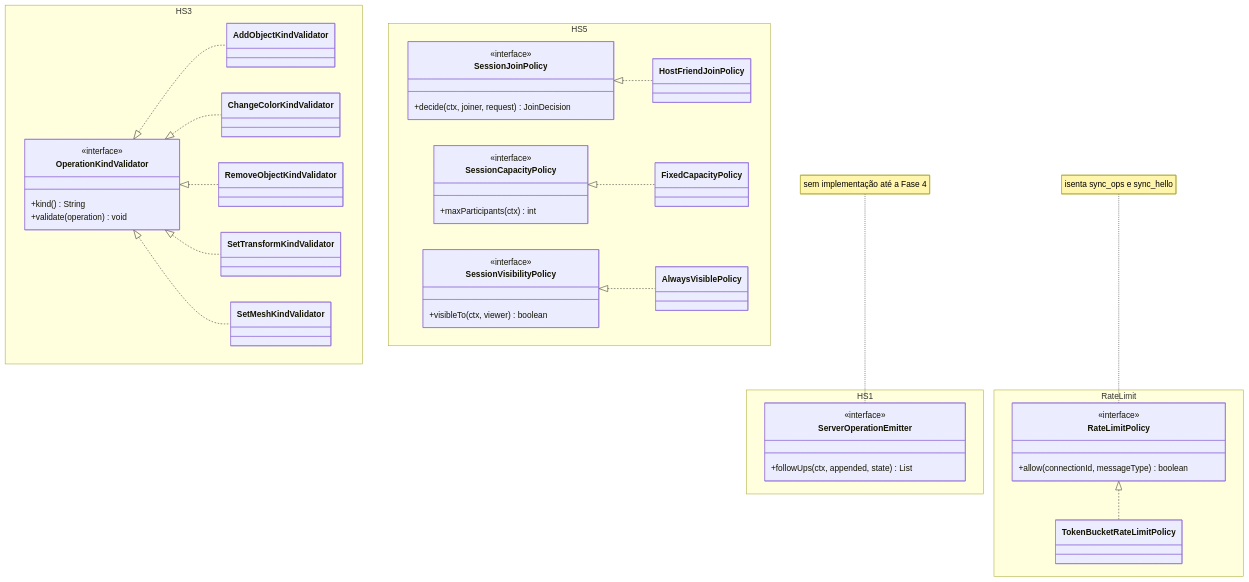
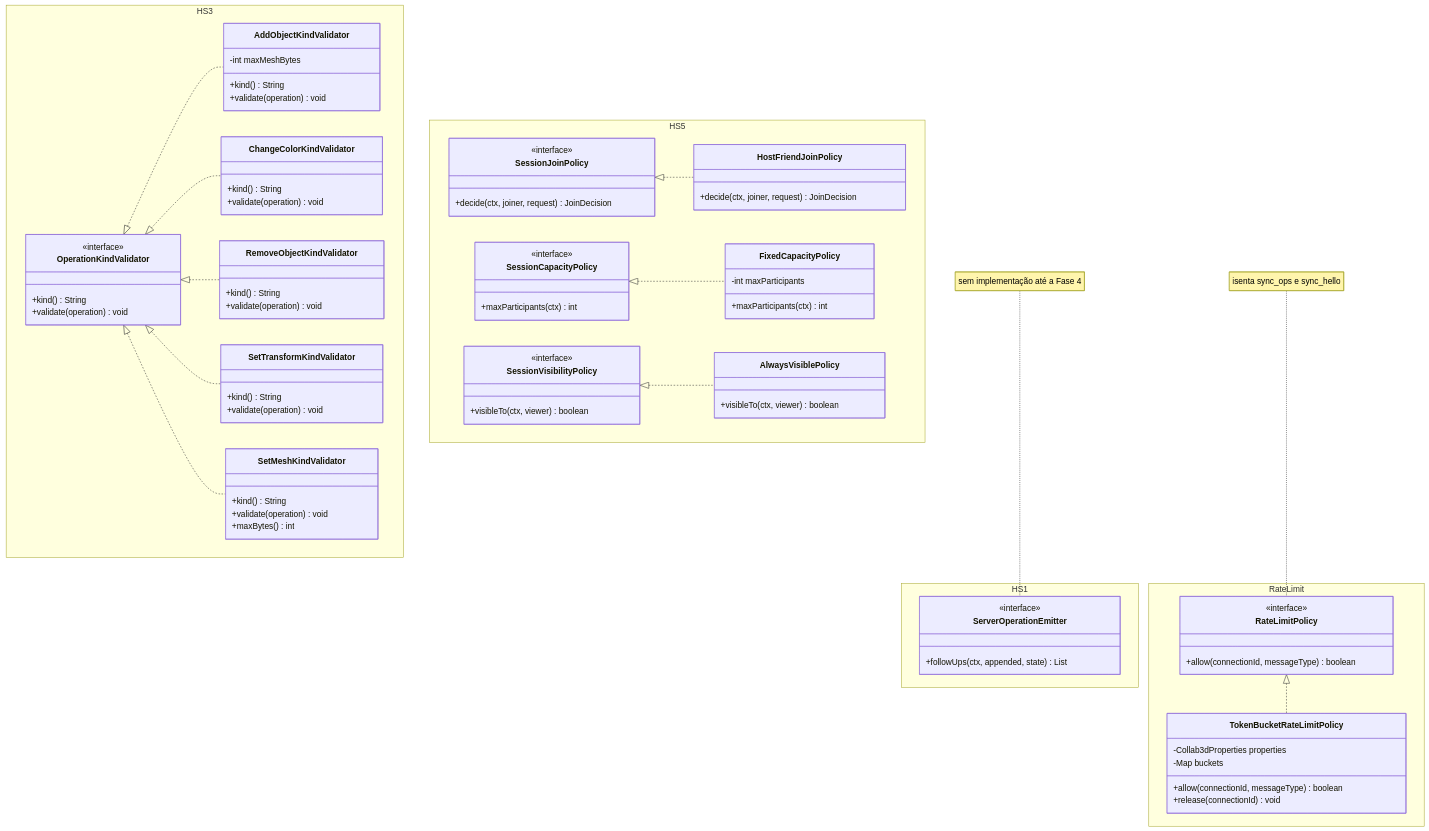
One commit to ssugary/BlenderPDS changed the eighth of 12 diagrams in docs/diagrams/README.md. Above: the diagram before and after it, drawn with Mermaid. The commit also changed other lines of this file and 22 other files, not shown here.

First line of the commit message:
docs(diagrams): corrige classes vazias nos diagramas de classes

```diff
--- a/docs/diagrams/README.md
+++ b/docs/diagrams/README.md
@@ -546,11 +557,28 @@
             +kind() String
             +validate(operation) void
         }
-        class AddObjectKindValidator
-        class ChangeColorKindValidator
-        class RemoveObjectKindValidator
-        class SetTransformKindValidator
-        class SetMeshKindValidator
+        class AddObjectKindValidator {
+        +kind() String
+        +validate(operation) void
+        -int maxMeshBytes
+        }
+        class ChangeColorKindValidator {
+        +kind() String
+        +validate(operation) void
+        }
+        class RemoveObjectKindValidator {
+        +kind() String
+        +validate(operation) void
+        }
+        class SetTransformKindValidator {
+        +kind() String
+        +validate(operation) void
+        }
+        class SetMeshKindValidator {
+        +kind() String
+        +validate(operation) void
+        +maxBytes() int
+        }
     }
     namespace HS5 {
         class SessionJoinPolicy {
@@ -565,16 +593,28 @@
             <<interface>>
             +visibleTo(ctx, viewer) boolean
         }
-        class HostFriendJoinPolicy
-        class FixedCapacityPolicy
-        class AlwaysVisiblePolicy
+        class HostFriendJoinPolicy {
+        +decide(ctx, joiner, request) JoinDecision
+        }
+        class FixedCapacityPolicy {
+        -int maxParticipants
+        +maxParticipants(ctx) int
+        }
+        class AlwaysVisiblePolicy {
+        +visibleTo(ctx, viewer) boolean
+        }
     }
     namespace RateLimit {
         class RateLimitPolicy {
             <<interface>>
             +allow(connectionId, messageType) boolean
         }
-        class TokenBucketRateLimitPolicy
+        class TokenBucketRateLimitPolicy {
+        -Collab3dProperties properties
+        -Map buckets
+        +allow(connectionId, messageType) boolean
+        +release(connectionId) void
+        }
     }
 
     OperationKindValidator <|.. AddObjectKindValidator
```
